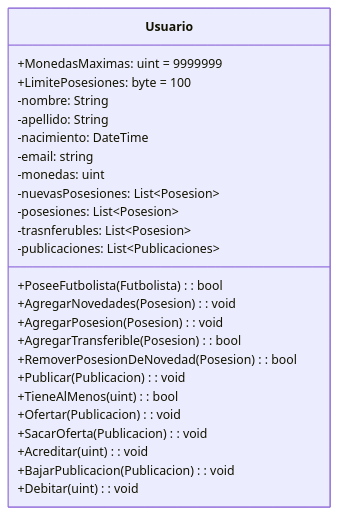
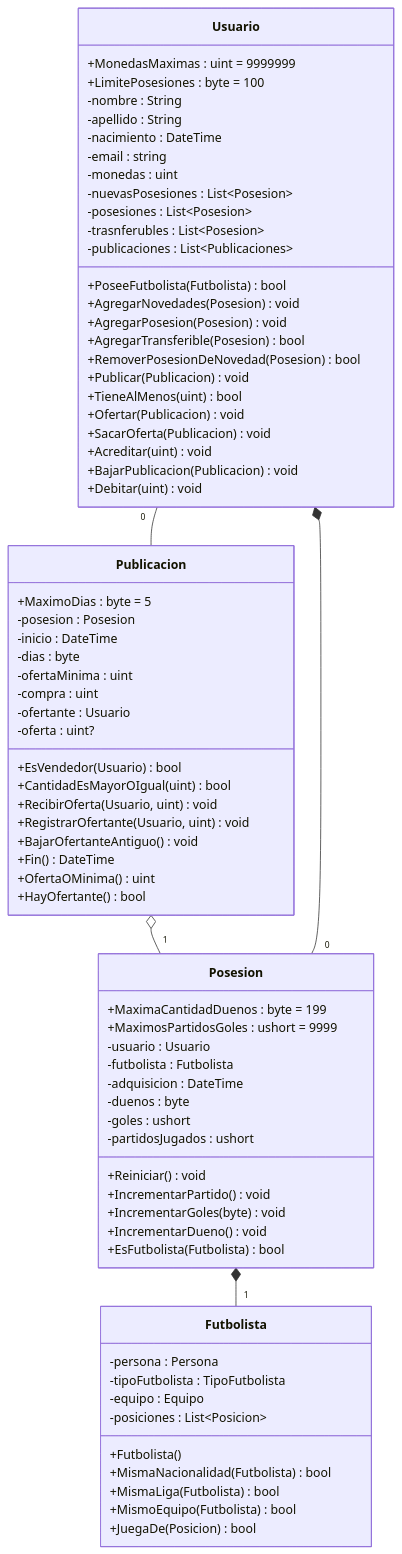
One commit to josesinio/Fulbo12 changed the diagram in src/Fulbo12.Core/Posesiones/README.md. Above: the diagram before and after it, drawn with Mermaid.

Commit message:
Documentacion

````diff
--- a/src/Fulbo12.Core/Posesiones/README.md
+++ b/src/Fulbo12.Core/Posesiones/README.md
@@ -53,28 +53,83 @@
 ```mermaid
 classDiagram
   class Usuario{
-    +MonedasMaximas: uint = 9999999  
-    +LimitePosesiones: byte = 100
-    -nombre: String
-    -apellido: String
-    -nacimiento: DateTime
-    -email: string
-    -monedas: uint
-    -nuevasPosesiones: List~Posesion~
-    -posesiones: List~Posesion~
-    -trasnferubles: List~Posesion~
-    -publicaciones: List~Publicaciones~
-    +PoseeFutbolista(Futbolista): bool
-    +AgregarNovedades(Posesion): void
-    +AgregarPosesion(Posesion): void
-    +AgregarTransferible(Posesion): bool
-    +RemoverPosesionDeNovedad(Posesion): bool
-    +Publicar(Publicacion): void
-    +TieneAlMenos(uint): bool
-    +Ofertar(Publicacion): void
-    +SacarOferta(Publicacion): void
-    +Acreditar(uint): void
-    +BajarPublicacion(Publicacion): void
-    +Debitar(uint): void
+    +MonedasMaximas : uint = 9999999  
+    +LimitePosesiones : byte = 100
+    -nombre : String
+    -apellido : String
+    -nacimiento : DateTime
+    -email : string
+    -monedas : uint
+    -nuevasPosesiones : List~Posesion~
+    -posesiones : List~Posesion~
+    -trasnferubles : List~Posesion~
+    -publicaciones : List~Publicaciones~
+    +PoseeFutbolista(Futbolista) bool
+    +AgregarNovedades(Posesion) void
+    +AgregarPosesion(Posesion) void
+    +AgregarTransferible(Posesion) bool
+    +RemoverPosesionDeNovedad(Posesion) bool
+    +Publicar(Publicacion) void
+    +TieneAlMenos(uint) bool
+    +Ofertar(Publicacion) void
+    +SacarOferta(Publicacion) void
+    +Acreditar(uint) void
+    +BajarPublicacion(Publicacion) void
+    +Debitar(uint) void
   }
+
+  Usuario "0" -- Publicacion
+
+  class Publicacion{
+    +MaximoDias : byte = 5
+    -posesion : Posesion
+    -inicio : DateTime
+    -dias : byte
+    -ofertaMinima : uint
+    -compra : uint
+    -ofertante : Usuario
+    -oferta : uint?
+    +EsVendedor(Usuario) bool
+    +CantidadEsMayorOIgual(uint) bool
+    +RecibirOferta(Usuario, uint) void
+    +RegistrarOfertante(Usuario, uint) void
+    +BajarOfertanteAntiguo() void
+    +Fin() DateTime
+    +OfertaOMinima() uint
+    +HayOfertante() bool
+  }
+
+  Publicacion o-- "1" Posesion
+
+  class Posesion{
+    +MaximaCantidadDuenos : byte = 199
+    +MaximosPartidosGoles : ushort = 9999
+    -usuario : Usuario
+    -futbolista : Futbolista
+    -adquisicion : DateTime
+    -duenos : byte
+    -goles : ushort
+    -partidosJugados : ushort
+    +Reiniciar() void
+    +IncrementarPartido() void
+    +IncrementarGoles(byte) void
+    +IncrementarDueno() void
+    +EsFutbolista(Futbolista) bool
+  }
+
+  Posesion *-- "1" Futbolista
+
+  class Futbolista{
+    -persona : Persona
+    -tipoFutbolista : TipoFutbolista
+    -equipo : Equipo
+    -posiciones : List~Posicion~
+    +Futbolista()
+    +MismaNacionalidad(Futbolista) bool
+    +MismaLiga(Futbolista) bool
+    +MismoEquipo(Futbolista) bool
+    +JuegaDe(Posicion) bool
+  }
+
+  Posesion "0" --* Usuario 
 ```
````
